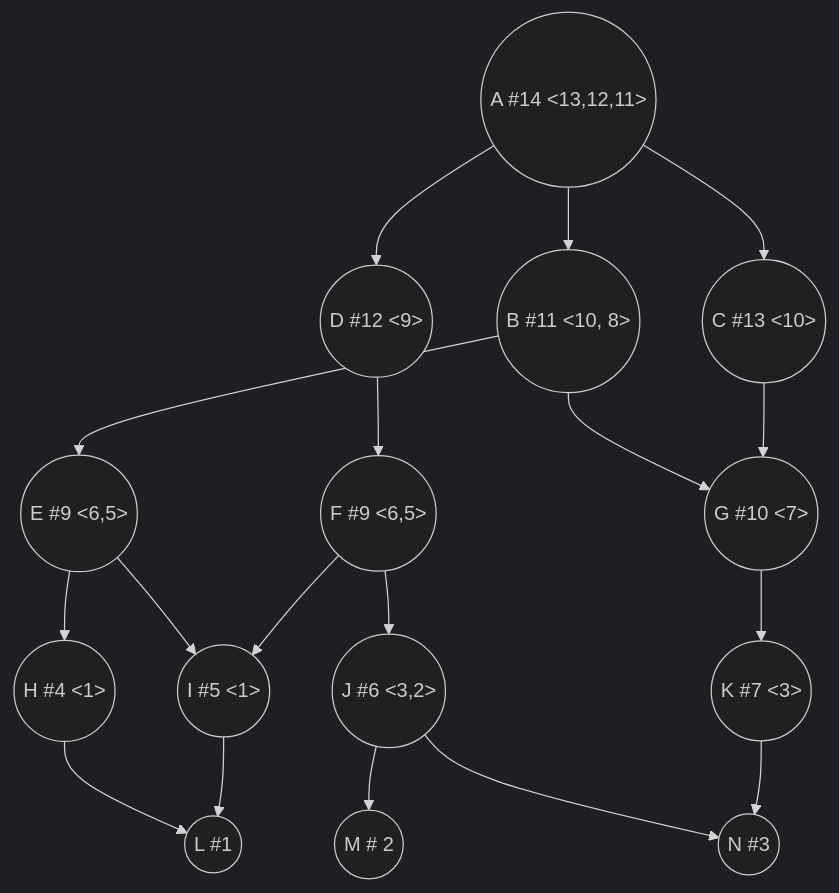
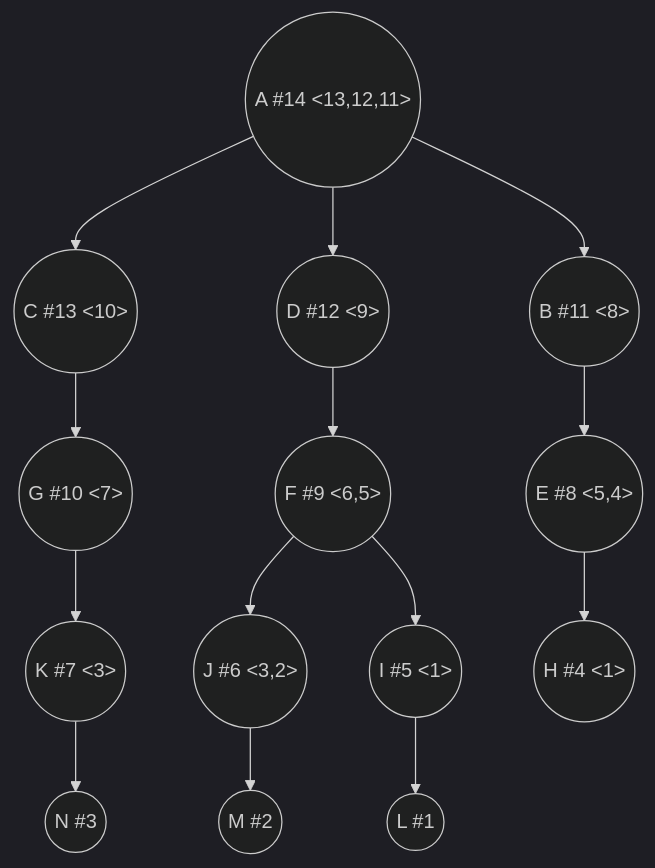
Before and after one commit to HSE-algo-23-owl/manual_tasks: the third of 4 diagrams in task_9/zavod_dao.md, drawn with Mermaid (dark theme). The commit also changed other lines of this file, not shown here.

````diff
--- a/task_9/zavod_dao.md
+++ b/task_9/zavod_dao.md
@@ -113,20 +105,16 @@
 ```mermaid
 graph TB
-A((A #14 <13,12,11>))-->D((D #12 <9>))
-A-->B((B #11 <10, 8>))
-A-->C((C #13 <10>))
-B --> E((E #9 <6,5>))
-B --> G((G #10 <7>))
+A((A #14 <13,12,11>)) --> C((C #13 <10>))
+A --> D((D #12 <9>))
+A --> B((B #11 <8>))
 C --> G((G #10 <7>))
 D --> F((F #9 <6,5>))
+B --> E((E #8 <5,4>))
+G --> K((K #7 <3>))
+F --> J((J #6 <3,2>))
+F --> I((I #5 <1>))
 E --> H((H #4 <1>))
-E --> I((I #5 <1>))
-F --> I
-F --> J((J #6 <3,2>))
-G --> K((K #7 <3>))
-H --> L((L #1))
-I --> L
-J --> M((M # 2))
-J --> N((N #3))
-K --> N
+K --> N((N #3))
+J --> M((M #2))
+I --> L((L #1))
 ```
````
